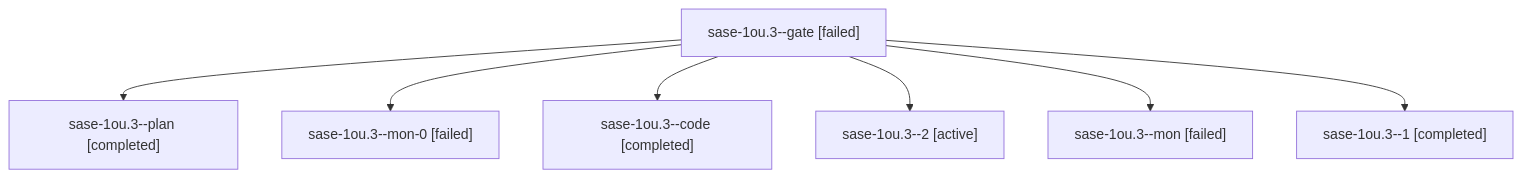
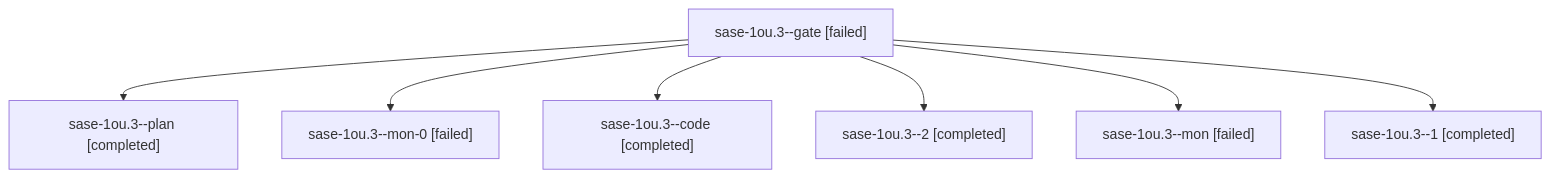
The diagram in sessions/bbugyi200.athena.sase-1ou.3.md (sase-org/sase--agents), drawn with Mermaid before and after one commit. The commit also changed other lines of this file and 88 other files, not shown here.

````diff
--- a/sessions/bbugyi200.athena.sase-1ou.3.md
+++ b/sessions/bbugyi200.athena.sase-1ou.3.md
@@ -9,16 +9,16 @@
 ```mermaid
 flowchart TD
   n0["sase-1ou.3--gate [failed]"]
   n1["sase-1ou.3--plan [completed]"]
   n0 --> n1
   n2["sase-1ou.3--mon-0 [failed]"]
   n0 --> n2
   n3["sase-1ou.3--code [completed]"]
   n0 --> n3
-  n4["sase-1ou.3--2 [active]"]
+  n4["sase-1ou.3--2 [completed]"]
   n0 --> n4
   n5["sase-1ou.3--mon [failed]"]
   n0 --> n5
   n6["sase-1ou.3--1 [completed]"]
   n0 --> n6
 ```
````
